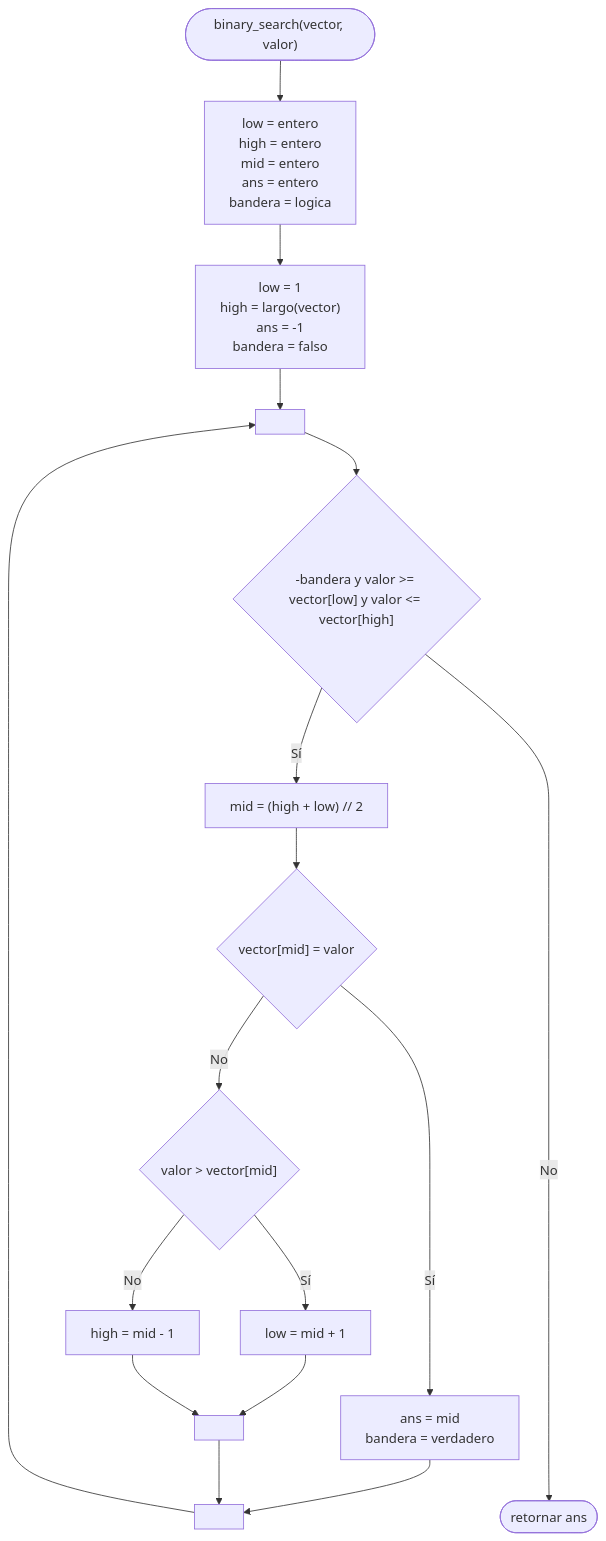
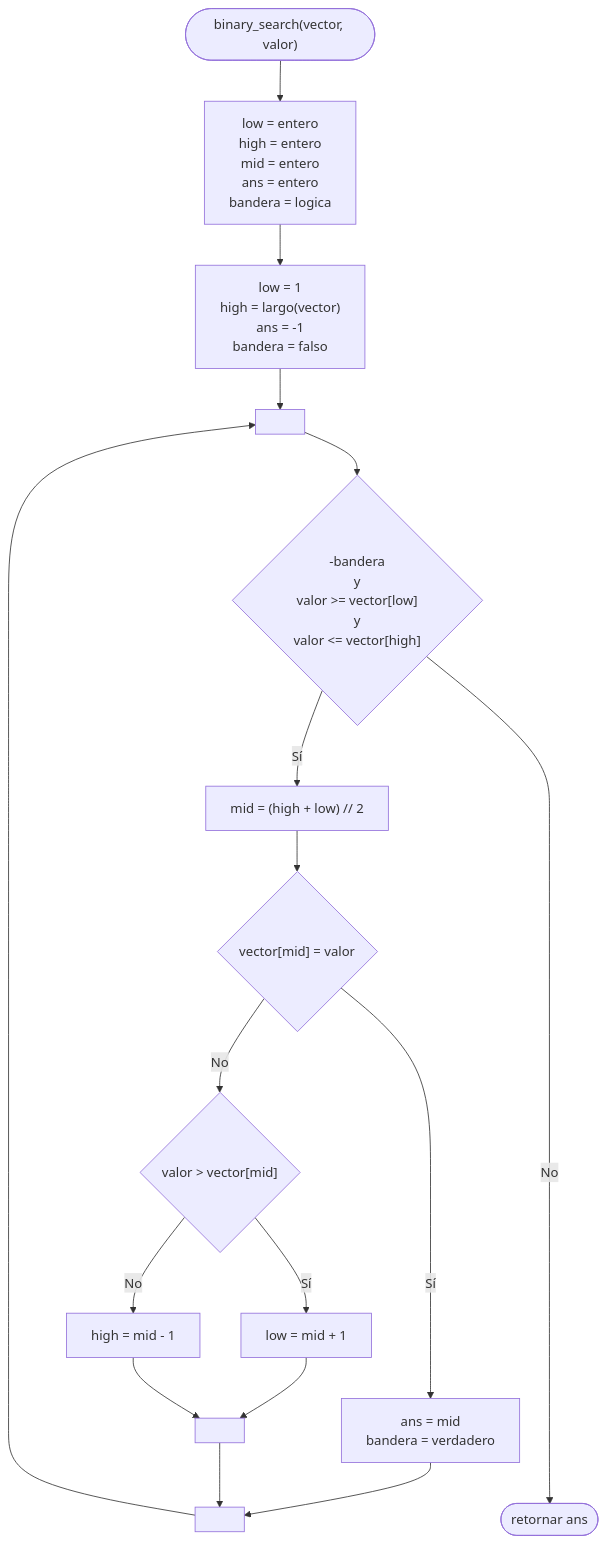
The diagram in Algoritmos y Estructuras de Datos/Búsqueda binaria.md (martinstanicio/ingenieria-en-sistemas), drawn with Mermaid before and after one commit. The commit also changed other lines of this file, not shown here.

Commit message:
vault backup: 2024-09-17 21:59:10

````diff
--- a/Algoritmos y Estructuras de Datos/Búsqueda binaria.md
+++ b/Algoritmos y Estructuras de Datos/Búsqueda binaria.md
@@ -34,39 +34,43 @@
 ```mermaid
 flowchart TB
 	comienzo(["binary_search(vector, valor)"])
     
 	variables["`low = entero
     high = entero
     mid = entero
     ans = entero
     bandera = logica`"]
 	
 	inicializar["`low = 1
 	high = largo(vector)
     ans = -1
     bandera = falso`"]
 	
-	while{"-bandera y valor >= vector[low] y valor <= vector[high]"}
+	while{"`-bandera
+	y
+	valor >= vector[low]
+	y
+	valor <= vector[high]`"}
 	mid["mid = (high + low) // 2"]
 	if1{"vector[mid] = valor"}
 	if1si["`ans = mid
 	bandera = verdadero`"]
 	if2{"valor > vector[mid]"}
 	if2si["low = mid + 1"]
 	if2no["high = mid - 1"]
 		
 	fin(["retornar ans"])
 	
 	a[" "]
 	b[" "]
 	c[" "]
     
 	comienzo --> variables --> inicializar --> a --> while
 	while -- "Sí" --> mid --> if1
 	if1 -- "Sí" --> if1si --> b
 	if1 -- "No" --> if2
 	if2 -- "Sí" --> if2si --> c
 	if2 -- "No" --> if2no --> c
 	c --> b --> a
 	while -- "No" -------> fin
 ```
````
